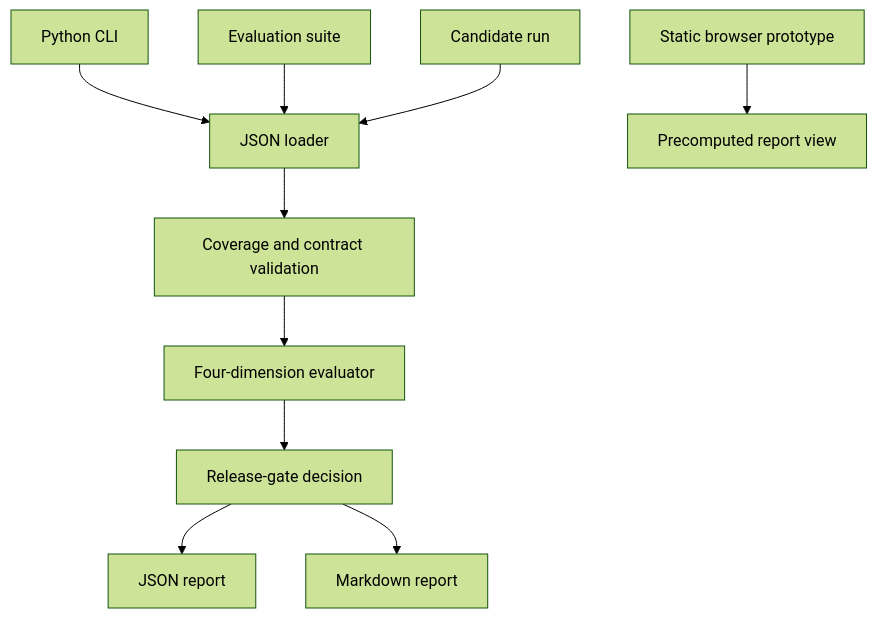
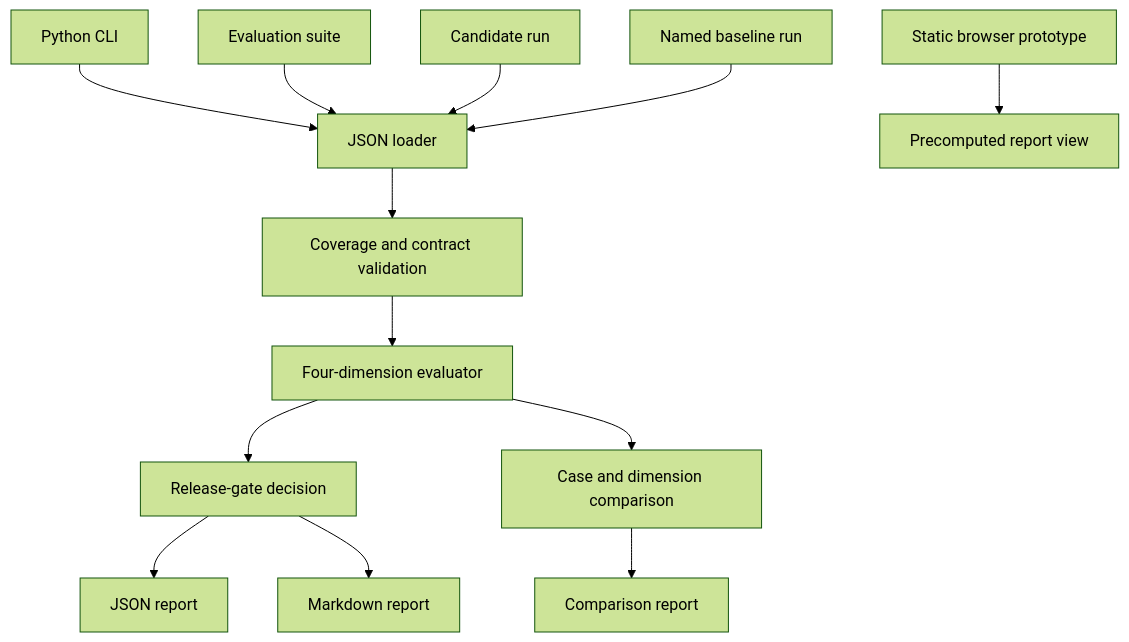
Before and after one commit to magicyao2028-pixel/ai-product-agent-evaluation-lab: the diagram in docs/ARCHITECTURE.md, drawn with Mermaid (forest theme). The commit also changed other lines of this file and 17 other files, not shown here.

Commit message:
Add named baseline comparison

````diff
--- a/docs/ARCHITECTURE.md
+++ b/docs/ARCHITECTURE.md
@@ -13,12 +13,15 @@
 ```mermaid
 flowchart TB
     CLI[Python CLI] --> L[JSON loader]
     S[Evaluation suite] --> L
     C[Candidate run] --> L
+    B[Named baseline run] --> L
     L --> V[Coverage and contract validation]
     V --> D[Four-dimension evaluator]
     D --> G[Release-gate decision]
     G --> J[JSON report]
     G --> M[Markdown report]
+    D --> CMP[Case and dimension comparison]
+    CMP --> CR[Comparison report]
     WEB[Static browser prototype] --> VIEW[Precomputed report view]
 ```
````
